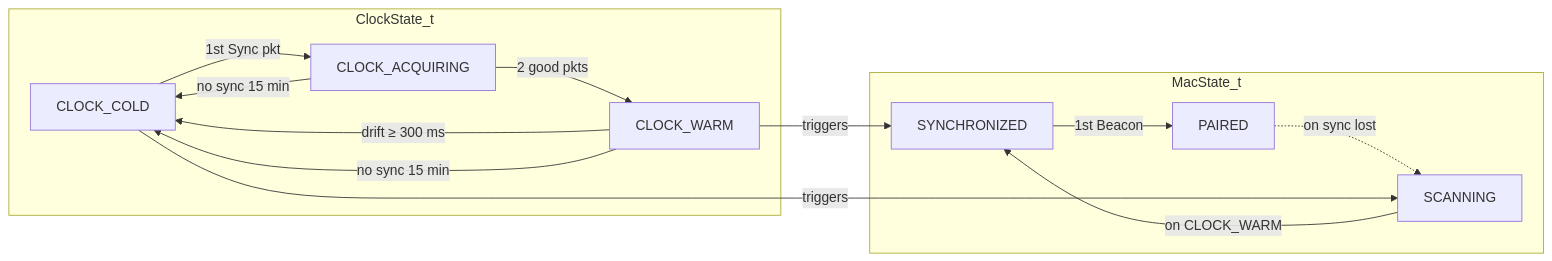
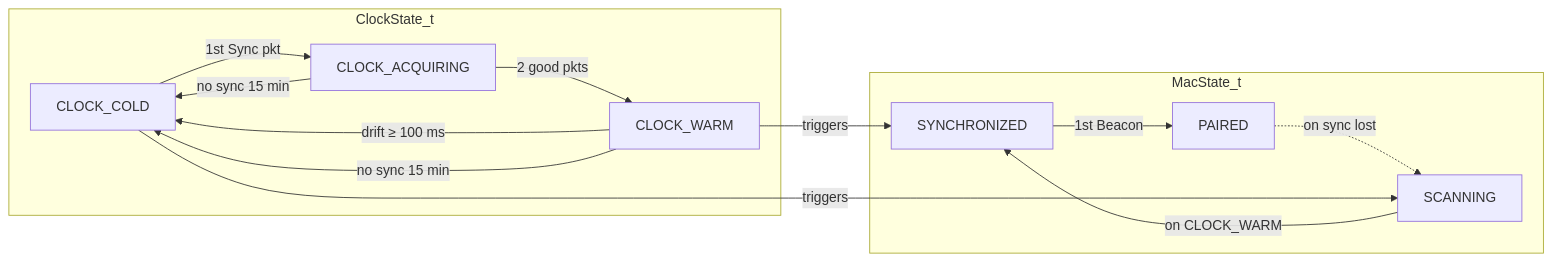
Before and after one commit to ArcLoRaM/firmware: the third of 3 diagrams in docs/diagrams/02-mac-clock-state-machine.md, drawn with Mermaid. The commit also changed other lines of this file and 166 other files, not shown here.

````diff
--- a/docs/diagrams/02-mac-clock-state-machine.md
+++ b/docs/diagrams/02-mac-clock-state-machine.md
@@ -73,25 +74,25 @@
 ```mermaid
 flowchart LR
     subgraph Clock["ClockState_t"]
         COLD["CLOCK_COLD"]
         ACQ["CLOCK_ACQUIRING"]
         WARM["CLOCK_WARM"]
         COLD --> |"1st Sync pkt"| ACQ
         ACQ --> |"2 good pkts"| WARM
-        WARM --> |"drift ≥ 300 ms"| COLD
+        WARM --> |"drift ≥ 100 ms"| COLD
         WARM --> |"no sync 15 min"| COLD
         ACQ --> |"no sync 15 min"| COLD
     end
 
     subgraph MAC["MacState_t"]
         SCAN["SCANNING"]
         SYNCD["SYNCHRONIZED"]
         PAIR["PAIRED"]
         SCAN --> |"on CLOCK_WARM"| SYNCD
         SYNCD --> |"1st Beacon"| PAIR
         PAIR -.-> |"on sync lost"| SCAN
     end
 
     WARM -- "triggers" --> SYNCD
     COLD -- "triggers" --> SCAN
 ```
````
